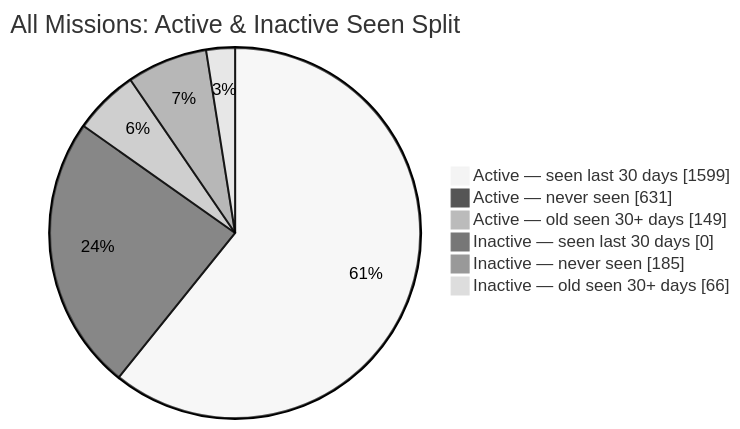
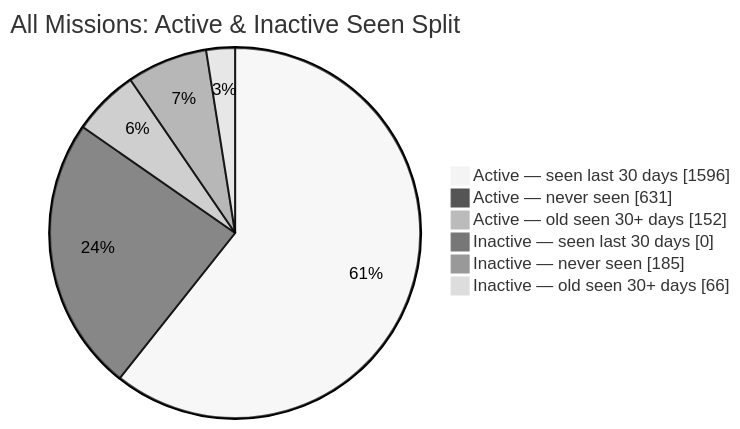
Before and after one commit to MeldkamerspelGameTeam/active-missions: the second of 2 diagrams in README.md, drawn with Mermaid (neutral theme). The commit also changed other lines of this file and 3 other files, not shown here.

````diff
--- a/README.md
+++ b/README.md
@@ -44,10 +44,10 @@
 ```mermaid
 pie showData
     title All Missions: Active & Inactive Seen Split
-    "Active — seen last 30 days" : 1599
+    "Active — seen last 30 days" : 1596
     "Active — never seen" : 631
-    "Active — old seen 30+ days" : 149
+    "Active — old seen 30+ days" : 152
     "Inactive — seen last 30 days" : 0
     "Inactive — never seen" : 185
     "Inactive — old seen 30+ days" : 66
 ```
````
